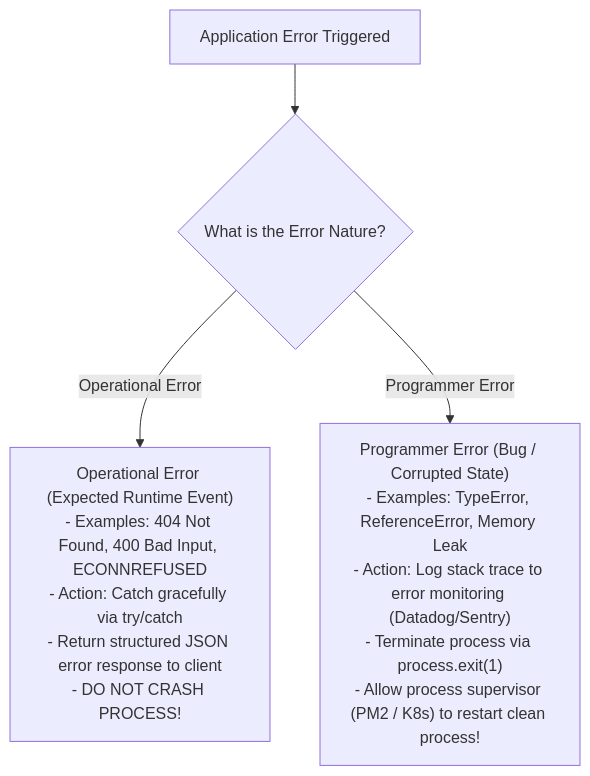
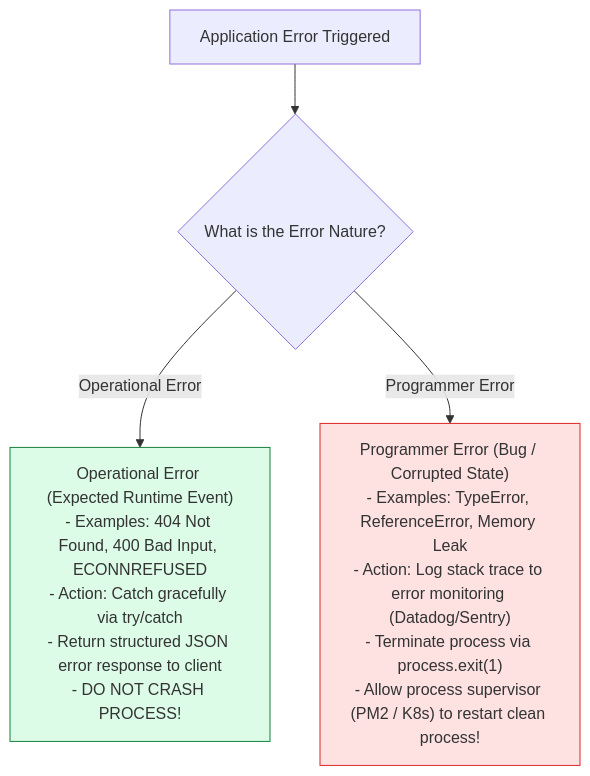
The first of 2 diagrams in nodejs-notes/26-error-handling-node.md (Amie-dev/engineering-playbook), drawn with Mermaid before and after one commit. The commit also changed other lines of this file and 31 other files, not shown here.

````diff
--- a/nodejs-notes/26-error-handling-node.md
+++ b/nodejs-notes/26-error-handling-node.md
@@ -13,8 +15,11 @@
 ```mermaid
 flowchart TD
     ErrorEvent[Application Error Triggered] --> ErrorType{What is the Error Nature?}
     
     ErrorType -- Operational Error --> OpHandling["Operational Error (Expected Runtime Event)<br/>- Examples: 404 Not Found, 400 Bad Input, ECONNREFUSED<br/>- Action: Catch gracefully via try/catch<br/>- Return structured JSON error response to client<br/>- DO NOT CRASH PROCESS!"]
 
     ErrorType -- Programmer Error --> ProgHandling["Programmer Error (Bug / Corrupted State)<br/>- Examples: TypeError, ReferenceError, Memory Leak<br/>- Action: Log stack trace to error monitoring (Datadog/Sentry)<br/>- Terminate process via process.exit(1)<br/>- Allow process supervisor (PM2 / K8s) to restart clean process!"]
+
+    style OpHandling fill:#dcfce7,stroke:#15803d
+    style ProgHandling fill:#fee2e2,stroke:#dc2626
 ```
````
